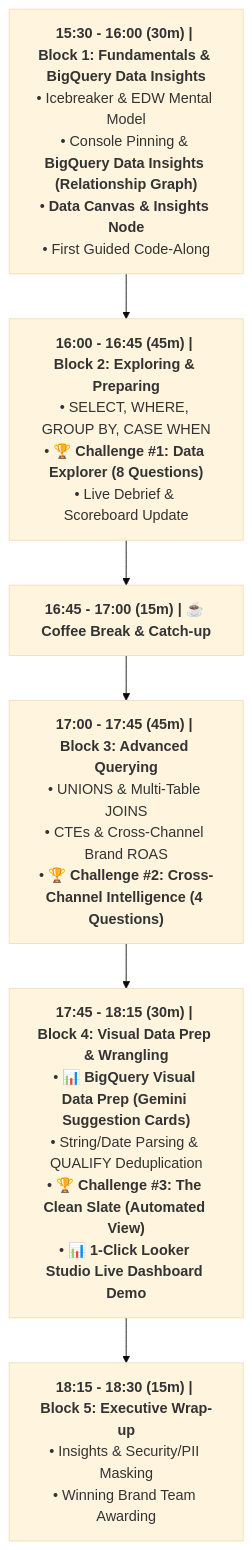
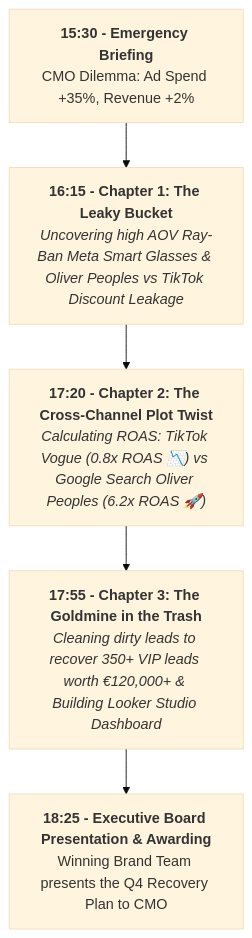
Before and after one commit to mauripsale/luxottica-bigquery-training: the diagram in instructor_guide.md, drawn with Mermaid (base theme). The commit also changed other lines of this file and 3 other files, not shown here.

````diff
--- a/instructor_guide.md
+++ b/instructor_guide.md
@@ -15,8 +18,7 @@
 ```mermaid
 flowchart TD
-    Block1["<b>15:30 - 16:00 (30m) | Block 1: Fundamentals & BigQuery Data Insights</b><br/>• Icebreaker & EDW Mental Model<br/>• Console Pinning & <b>BigQuery Data Insights (Relationship Graph)</b><br/>• <b>Data Canvas & Insights Node</b><br/>• First Guided Code-Along"] --> Block2["<b>16:00 - 16:45 (45m) | Block 2: Exploring & Preparing</b><br/>• SELECT, WHERE, GROUP BY, CASE WHEN<br/>• 🏆 <b>Challenge #1: Data Explorer (8 Questions)</b><br/>• Live Debrief & Scoreboard Update"]
-    Block2 --> Break["<b>16:45 - 17:00 (15m) | ☕ Coffee Break & Catch-up</b>"]
-    Break --> Block3["<b>17:00 - 17:45 (45m) | Block 3: Advanced Querying</b><br/>• UNIONS & Multi-Table JOINS<br/>• CTEs & Cross-Channel Brand ROAS<br/>• 🏆 <b>Challenge #2: Cross-Channel Intelligence (4 Questions)</b>"]
-    Block3 --> Block4["<b>17:45 - 18:15 (30m) | Block 4: Visual Data Prep & Wrangling</b><br/>• 📊 <b>BigQuery Visual Data Prep (Gemini Suggestion Cards)</b><br/>• String/Date Parsing & QUALIFY Deduplication<br/>• 🏆 <b>Challenge #3: The Clean Slate (Automated View)</b><br/>• 📊 <b>1-Click Looker Studio Live Dashboard Demo</b>"]
-    Block4 --> Block5["<b>18:15 - 18:30 (15m) | Block 5: Executive Wrap-up</b><br/>• Insights & Security/PII Masking<br/>• Winning Brand Team Awarding"]
+    Briefing["<b>15:30 - Emergency Briefing</b><br/>CMO Dilemma: Ad Spend +35%, Revenue +2%"] --> Ch1["<b>16:15 - Chapter 1: The Leaky Bucket</b><br/><i>Uncovering high AOV Ray-Ban Meta Smart Glasses & Oliver Peoples vs TikTok Discount Leakage</i>"]
+    Ch1 --> Ch2["<b>17:20 - Chapter 2: The Cross-Channel Plot Twist</b><br/><i>Calculating ROAS: TikTok Vogue (0.8x ROAS 📉) vs Google Search Oliver Peoples (6.2x ROAS 🚀)</i>"]
+    Ch2 --> Ch3["<b>17:55 - Chapter 3: The Goldmine in the Trash</b><br/><i>Cleaning dirty leads to recover 350+ VIP leads worth €120,000+ & Building Looker Studio Dashboard</i>"]
+    Ch3 --> Victory["<b>18:25 - Executive Board Presentation & Awarding</b><br/>Winning Brand Team presents the Q4 Recovery Plan to CMO"]
 ```
````
